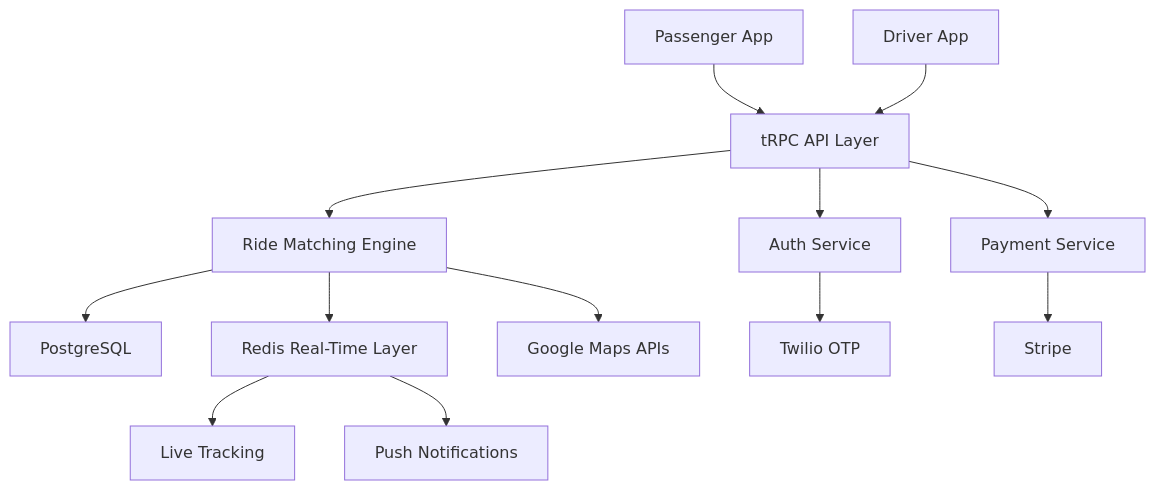
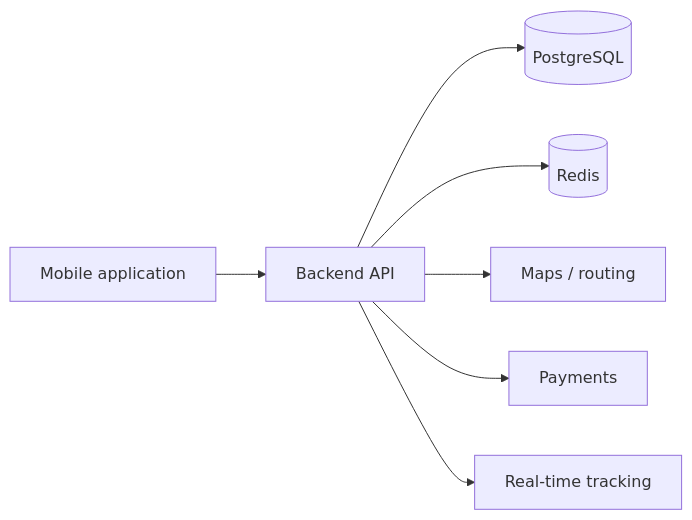
The fourth of 5 diagrams in README.md (divyanarayana190/divyanarayana190), drawn with Mermaid before and after one commit. The commit also changed other lines of this file, not shown here.

````diff
--- a/README.md
+++ b/README.md
@@ -132,15 +295,9 @@
 ```mermaid
-flowchart TD
-    P[Passenger App] --> API[tRPC API Layer]
-    D[Driver App] --> API
-    API --> M[Ride Matching Engine]
-    API --> A[Auth Service]
-    API --> PAY[Payment Service]
-    M --> PG[PostgreSQL]
-    M --> REDIS[Redis Real-Time Layer]
-    M --> MAPS[Google Maps APIs]
-    A --> OTP[Twilio OTP]
-    PAY --> STRIPE[Stripe]
-    REDIS --> TRACK[Live Tracking]
-    REDIS --> PUSH[Push Notifications]
+flowchart LR
+  App[Mobile application] --> API[Backend API]
+  API --> DB[(PostgreSQL)]
+  API --> Cache[(Redis)]
+  API --> Maps[Maps / routing]
+  API --> Pay[Payments]
+  API --> WS[Real-time tracking]
 ```
````
